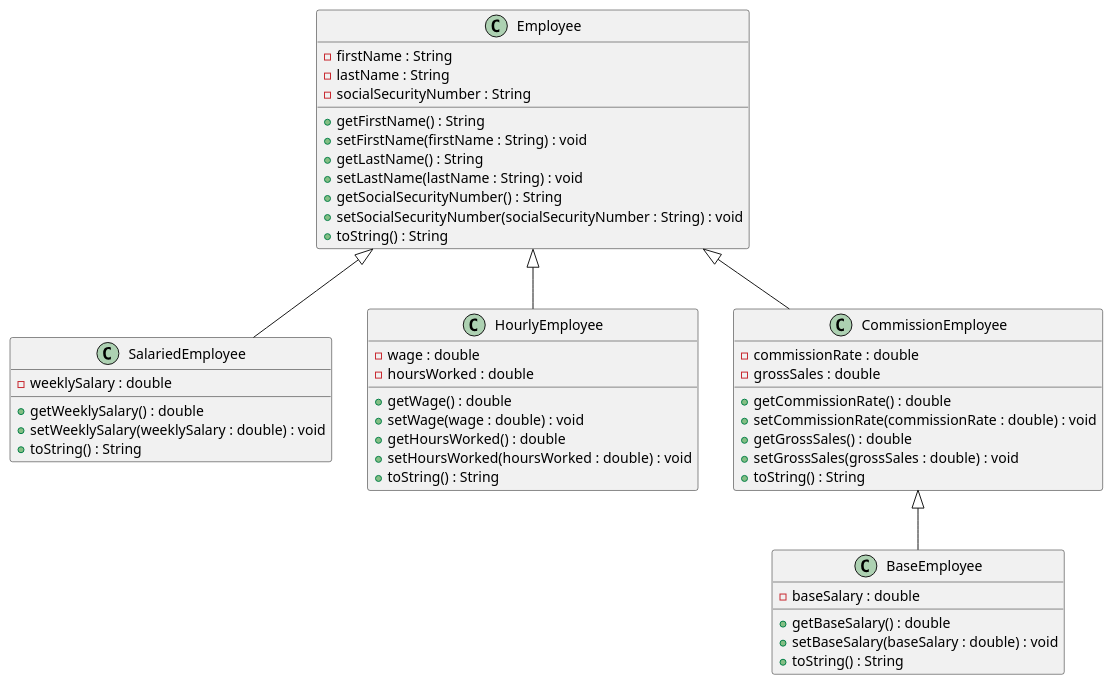
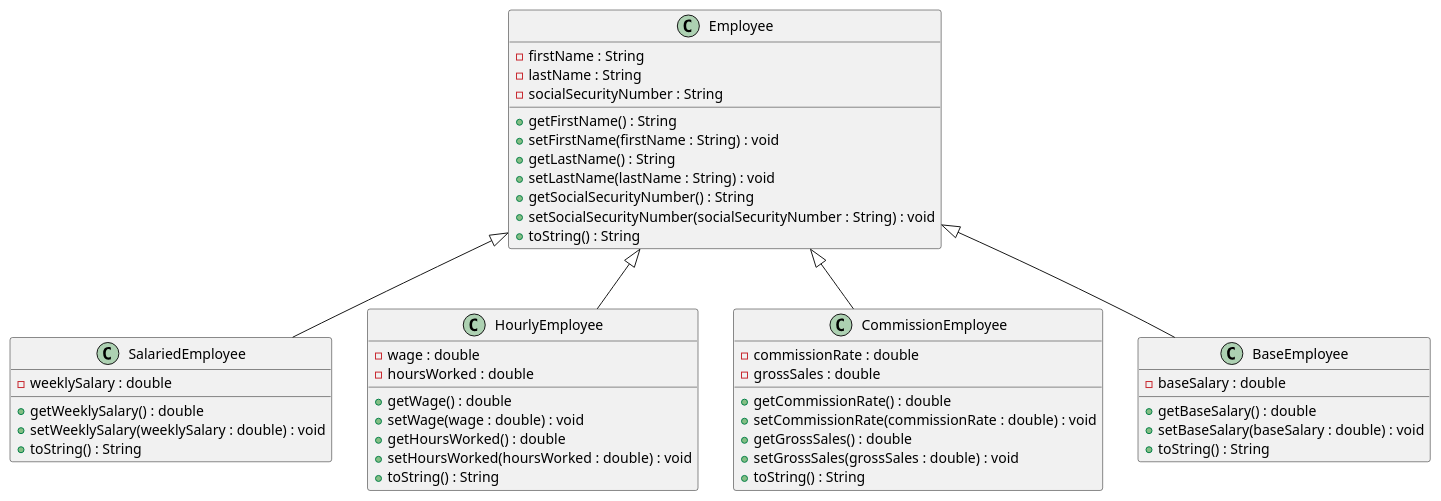
Before and after one commit to Maebueng/CS3560-HW5-UML: the first of 4 diagrams in HW5-Classes.puml, drawn with PlantUML. The commit also changed other lines of this file, not shown here.

Commit message:
Added more diagrams

```diff
--- a/HW5-Classes.puml
+++ b/HW5-Classes.puml
@@ -1,55 +1,55 @@
 @startuml Employee
 
 class Employee {
     - firstName : String
     - lastName : String
     - socialSecurityNumber : String
     + getFirstName() : String
     + setFirstName(firstName : String) : void
     + getLastName() : String
     + setLastName(lastName : String) : void
     + getSocialSecurityNumber() : String
     + setSocialSecurityNumber(socialSecurityNumber : String) : void
     + toString() : String
 }
 
 class SalariedEmployee {
     - weeklySalary : double
     + getWeeklySalary() : double
     + setWeeklySalary(weeklySalary : double) : void
     + toString() : String
 }
 
 class HourlyEmployee {
     - wage : double
     - hoursWorked : double
     + getWage() : double
     + setWage(wage : double) : void
     + getHoursWorked() : double
     + setHoursWorked(hoursWorked : double) : void
     + toString() : String
 }
 
 class CommissionEmployee {
     - commissionRate : double
     - grossSales : double
     + getCommissionRate() : double
     + setCommissionRate(commissionRate : double) : void
     + getGrossSales() : double
     + setGrossSales(grossSales : double) : void
     + toString() : String
 }
 
 class BaseEmployee {
     - baseSalary : double
     + getBaseSalary() : double
     + setBaseSalary(baseSalary : double) : void
     + toString() : String
 }
 
 Employee <|-- SalariedEmployee
 Employee <|-- HourlyEmployee
 Employee <|-- CommissionEmployee
-CommissionEmployee <|-- BaseEmployee
+Employee <|-- BaseEmployee
 
 @enduml
```
